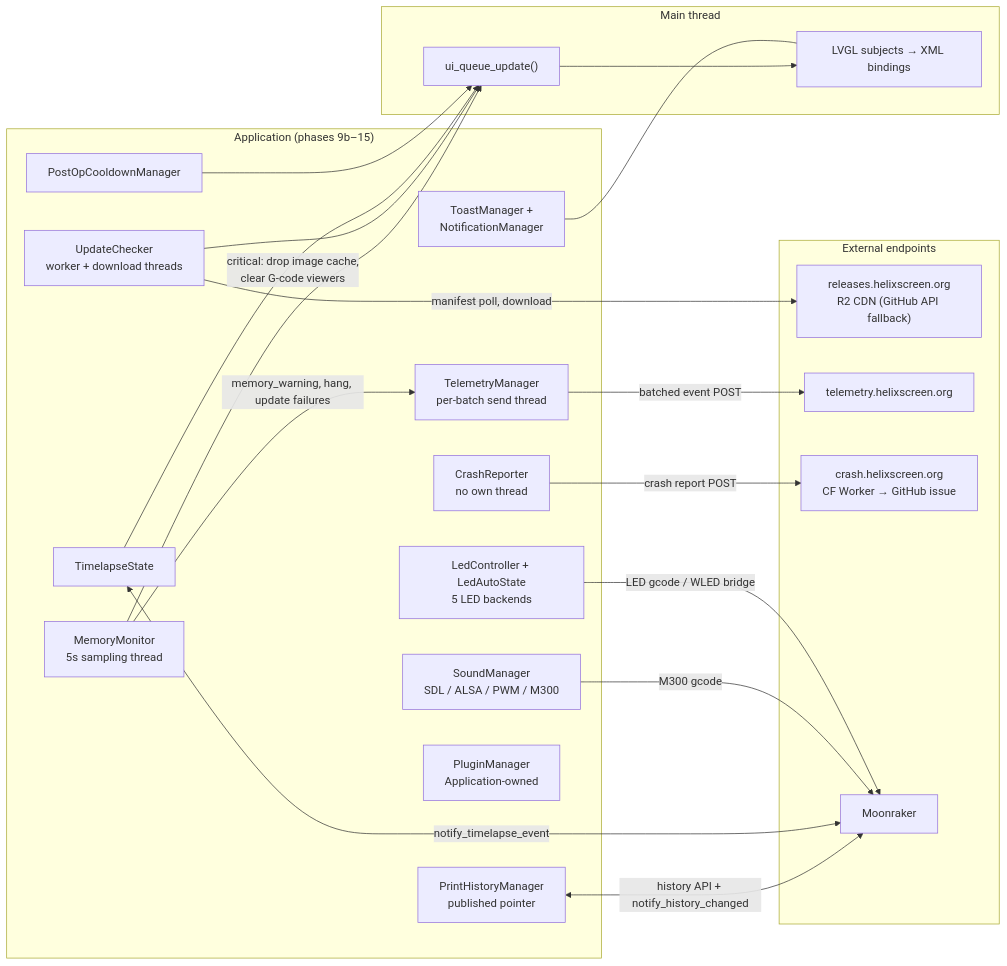
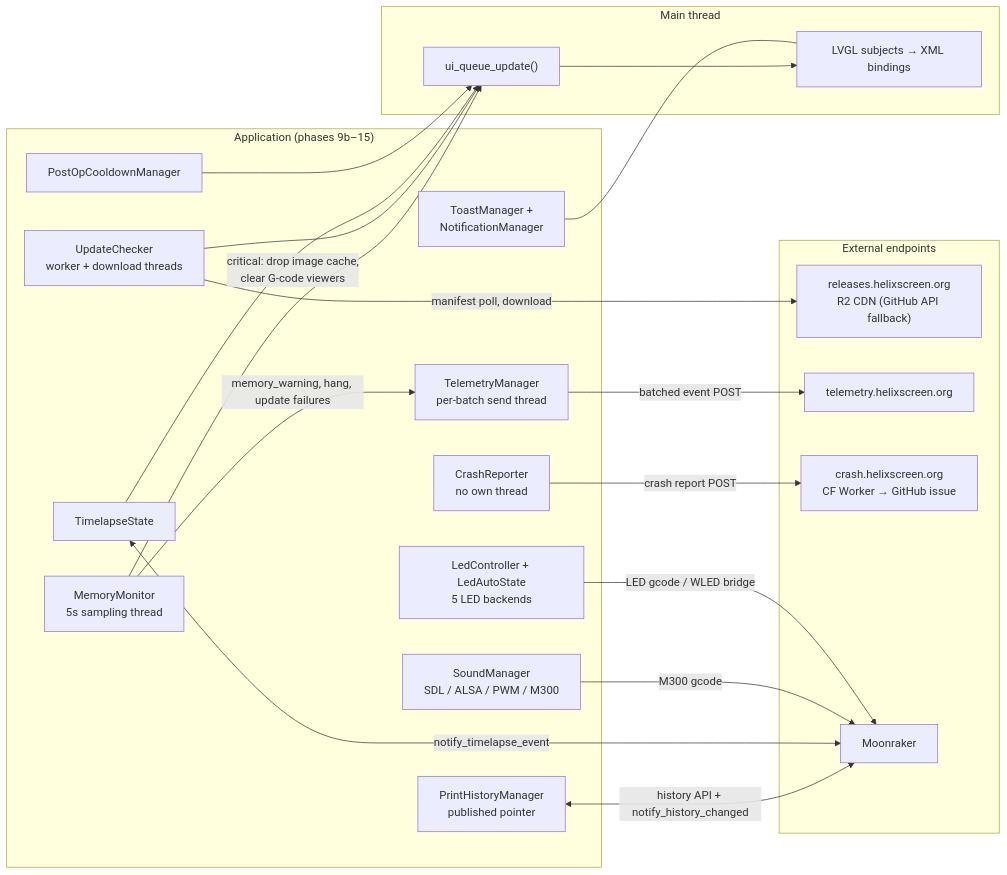
Before and after one commit to bluekiller/helixscreen: the diagram in docs/devel/architecture/12-system-services.md, drawn with Mermaid. The commit also changed other lines of this file and 39 other files, not shown here.

````diff
--- a/docs/devel/architecture/12-system-services.md
+++ b/docs/devel/architecture/12-system-services.md
@@ -5,43 +5,42 @@
 ```mermaid
 flowchart LR
     subgraph ext["External endpoints"]
         R2["releases.helixscreen.org<br/>R2 CDN (GitHub API fallback)"]
         TEL["telemetry.helixscreen.org"]
         CRASHW["crash.helixscreen.org<br/>CF Worker → GitHub issue"]
         MR["Moonraker"]
     end
 
     subgraph app["Application (phases 9b–15)"]
         UC["UpdateChecker<br/>worker + download threads"]
         TLM["TelemetryManager<br/>per-batch send thread"]
         CR["CrashReporter<br/>no own thread"]
         MM["MemoryMonitor<br/>5s sampling thread"]
         SND["SoundManager<br/>SDL / ALSA / PWM / M300"]
         LED["LedController + LedAutoState<br/>5 LED backends"]
         POC["PostOpCooldownManager"]
         PH["PrintHistoryManager<br/>published pointer"]
         TS["TimelapseState"]
         NTF["ToastManager +<br/>NotificationManager"]
-        PLG["PluginManager<br/>Application-owned"]
     end
 
     subgraph main["Main thread"]
         Q["ui_queue_update()"]
         SUBJ["LVGL subjects → XML bindings"]
     end
 
     UC -->|"manifest poll, download"| R2
     TLM -->|"batched event POST"| TEL
     CR -->|"crash report POST"| CRASHW
     PH <-->|"history API + notify_history_changed"| MR
     TS <-->|"notify_timelapse_event"| MR
     SND -->|"M300 gcode"| MR
     LED -->|"LED gcode / WLED bridge"| MR
     MM -->|"memory_warning, hang, update failures"| TLM
     MM -->|"critical: drop image cache,<br/>clear G-code viewers"| Q
     UC --> Q
     TS --> Q
     POC --> Q
     Q --> SUBJ
     NTF --- SUBJ
 ```
````
